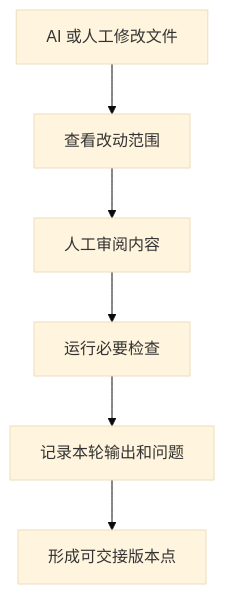
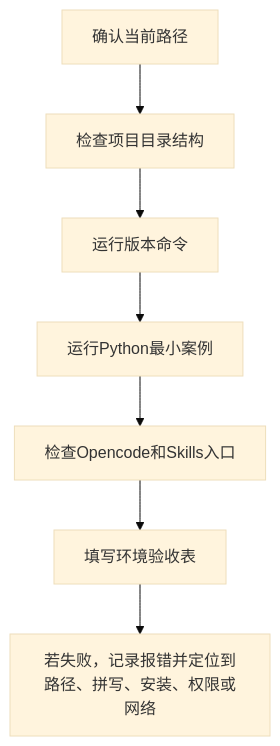
One commit to luvega/AI_MED_DataVis changed the second of 3 diagrams in docs/chapters/chapter-2/index.md. Above: the diagram before and after it, drawn with Mermaid (base theme). The commit also changed other lines of this file and 8 other files, not shown here.

````diff
--- a/docs/chapters/chapter-2/index.md
+++ b/docs/chapters/chapter-2/index.md
@@ -183,8 +366,9 @@
 ```mermaid
 flowchart TD
-  A["AI 或人工修改文件"] --> B["查看改动范围"]
-  B --> C["人工审阅内容"]
-  C --> D["运行必要检查"]
-  D --> E["记录本轮输出和问题"]
-  E --> F["形成可交接版本点"]
+  A["确认当前路径"] --> B["检查项目目录结构"]
+  B --> C["运行版本命令"]
+  C --> D["运行Python最小案例"]
+  D --> E["检查Opencode和Skills入口"]
+  E --> F["填写环境验收表"]
+  F --> G["若失败，记录报错并定位到路径、拼写、安装、权限或网络"]
 ```
````
